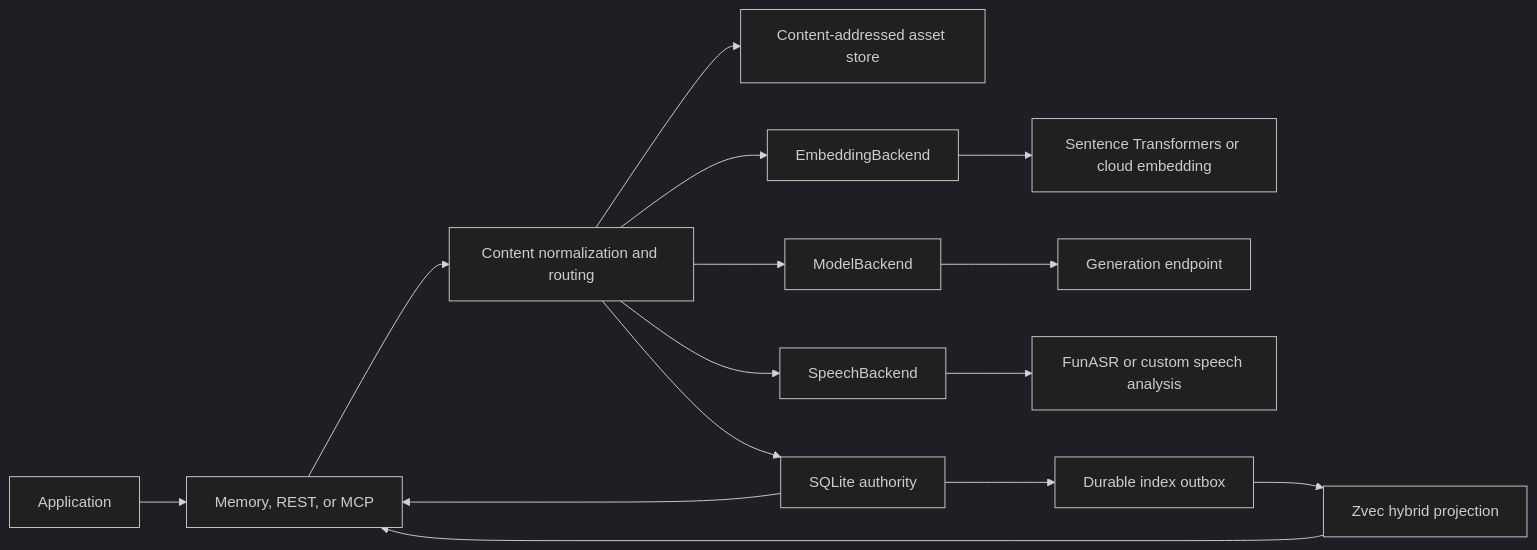
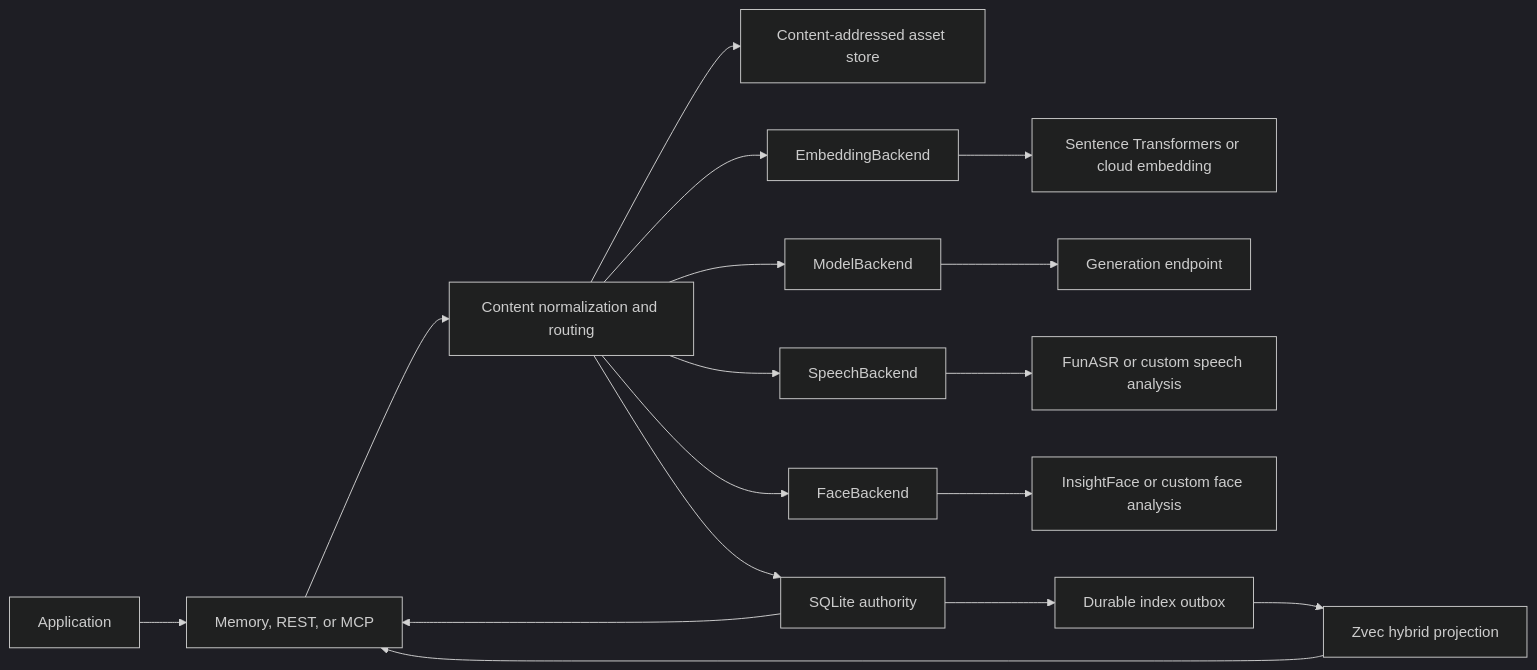
Before and after one commit to EventHorizon-Lab/MindBridge: the first of 3 diagrams in docs/architecture.md, drawn with Mermaid (dark theme). The commit also changed other lines of this file and 25 other files, not shown here.

````diff
--- a/docs/architecture.md
+++ b/docs/architecture.md
@@ -8,17 +8,19 @@
 ```mermaid
 flowchart LR
     App[Application] --> API[Memory, REST, or MCP]
     API --> Normalize[Content normalization and routing]
     Normalize --> Assets[Content-addressed asset store]
     Normalize --> Embedder[EmbeddingBackend]
     Embedder --> Embed[Sentence Transformers or cloud embedding]
     Normalize --> Models[ModelBackend]
     Models --> Generate[Generation endpoint]
     Normalize --> Speech[SpeechBackend]
     Speech --> ASR[FunASR or custom speech analysis]
+    Normalize --> Face[FaceBackend]
+    Face --> InsightFace[InsightFace or custom face analysis]
     Normalize --> SQLite[SQLite authority]
     SQLite --> Outbox[Durable index outbox]
     Outbox --> Zvec[Zvec hybrid projection]
     Zvec --> API
     SQLite --> API
 ```
````
